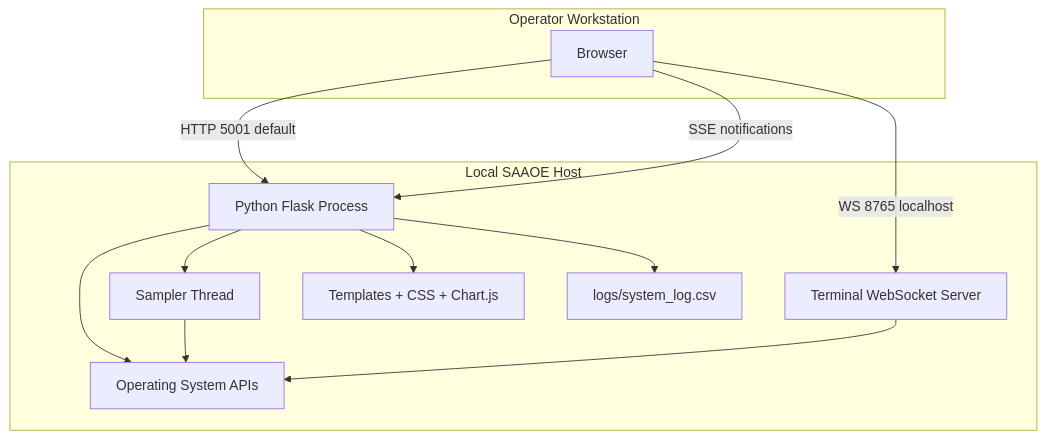
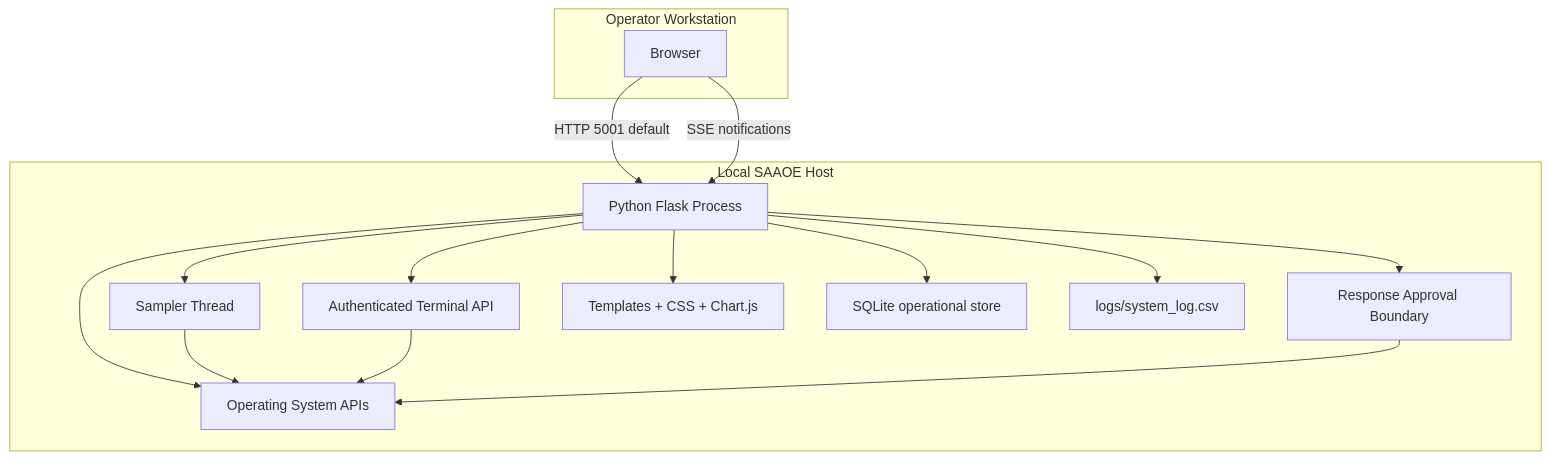
One commit to Ryner88/Sysethic changed the seventh of 29 diagrams in docs/uml-diagrams.md. Above: the diagram before and after it, drawn with Mermaid. The commit also changed other lines of this file and 4 other files, not shown here.

````diff
--- a/docs/uml-diagrams.md
+++ b/docs/uml-diagrams.md
@@ -187,25 +224,30 @@
 ```mermaid
 flowchart TB
     subgraph HostMachine["Local SAAOE Host"]
         FlaskProcess["Python Flask Process"]
         SamplerThread["Sampler Thread"]
-        TerminalServer["Terminal WebSocket Server"]
+        TerminalApi["Authenticated Terminal API"]
+        ApprovalBoundary["Response Approval Boundary"]
         StaticAssets["Templates + CSS + Chart.js"]
+        SQLiteStore["SQLite operational store"]
         LogFile["logs/system_log.csv"]
         HostOS["Operating System APIs"]
     end
 
     subgraph Client["Operator Workstation"]
         Browser["Browser"]
     end
 
     Browser -->|HTTP 5001 default| FlaskProcess
     Browser -->|SSE notifications| FlaskProcess
-    Browser -->|WS 8765 localhost| TerminalServer
     FlaskProcess --> StaticAssets
+    FlaskProcess --> SQLiteStore
     FlaskProcess --> LogFile
     FlaskProcess --> HostOS
+    FlaskProcess --> TerminalApi
+    FlaskProcess --> ApprovalBoundary
     SamplerThread --> HostOS
     FlaskProcess --> SamplerThread
-    TerminalServer --> HostOS
+    TerminalApi --> HostOS
+    ApprovalBoundary --> HostOS
 ```
````
